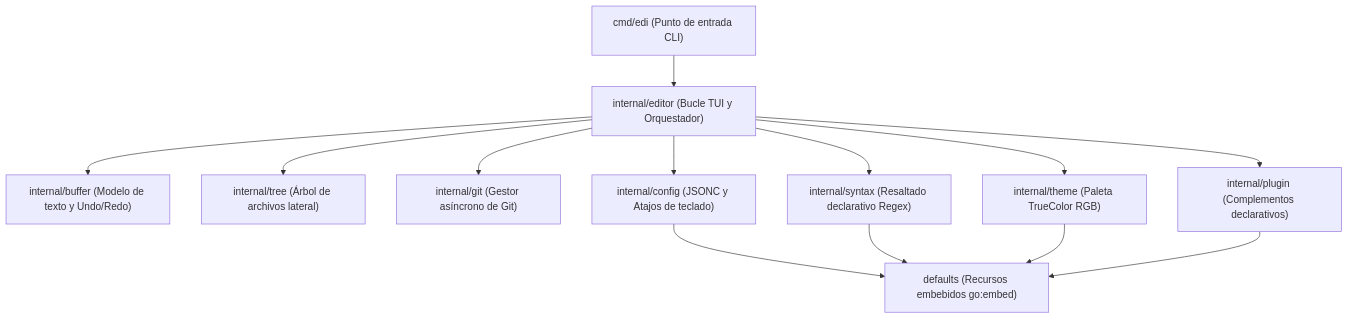
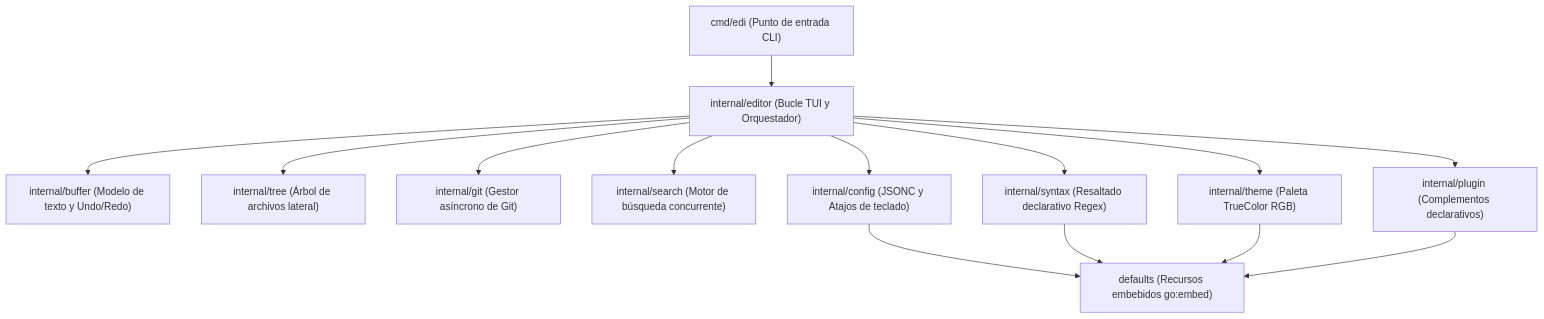
One commit to brpereyra/edi changed the diagram in docs/architecture.md. Above: the diagram before and after it, drawn with Mermaid. The commit also changed other lines of this file and 9 other files, not shown here.

````diff
--- a/docs/architecture.md
+++ b/docs/architecture.md
@@ -11,15 +11,16 @@
 ```mermaid
 graph TD
     CLI["cmd/edi (Punto de entrada CLI)"] --> Editor["internal/editor (Bucle TUI y Orquestador)"]
     Editor --> Buffer["internal/buffer (Modelo de texto y Undo/Redo)"]
     Editor --> Tree["internal/tree (Árbol de archivos lateral)"]
     Editor --> Git["internal/git (Gestor asíncrono de Git)"]
+    Editor --> Search["internal/search (Motor de búsqueda concurrente)"]
     Editor --> Syntax["internal/syntax (Resaltado declarativo Regex)"]
     Editor --> Theme["internal/theme (Paleta TrueColor RGB)"]
     Editor --> Config["internal/config (JSONC y Atajos de teclado)"]
     Editor --> Plugin["internal/plugin (Complementos declarativos)"]
     Config --> Defaults["defaults (Recursos embebidos go:embed)"]
     Syntax --> Defaults
     Theme --> Defaults
     Plugin --> Defaults
 ```
````
